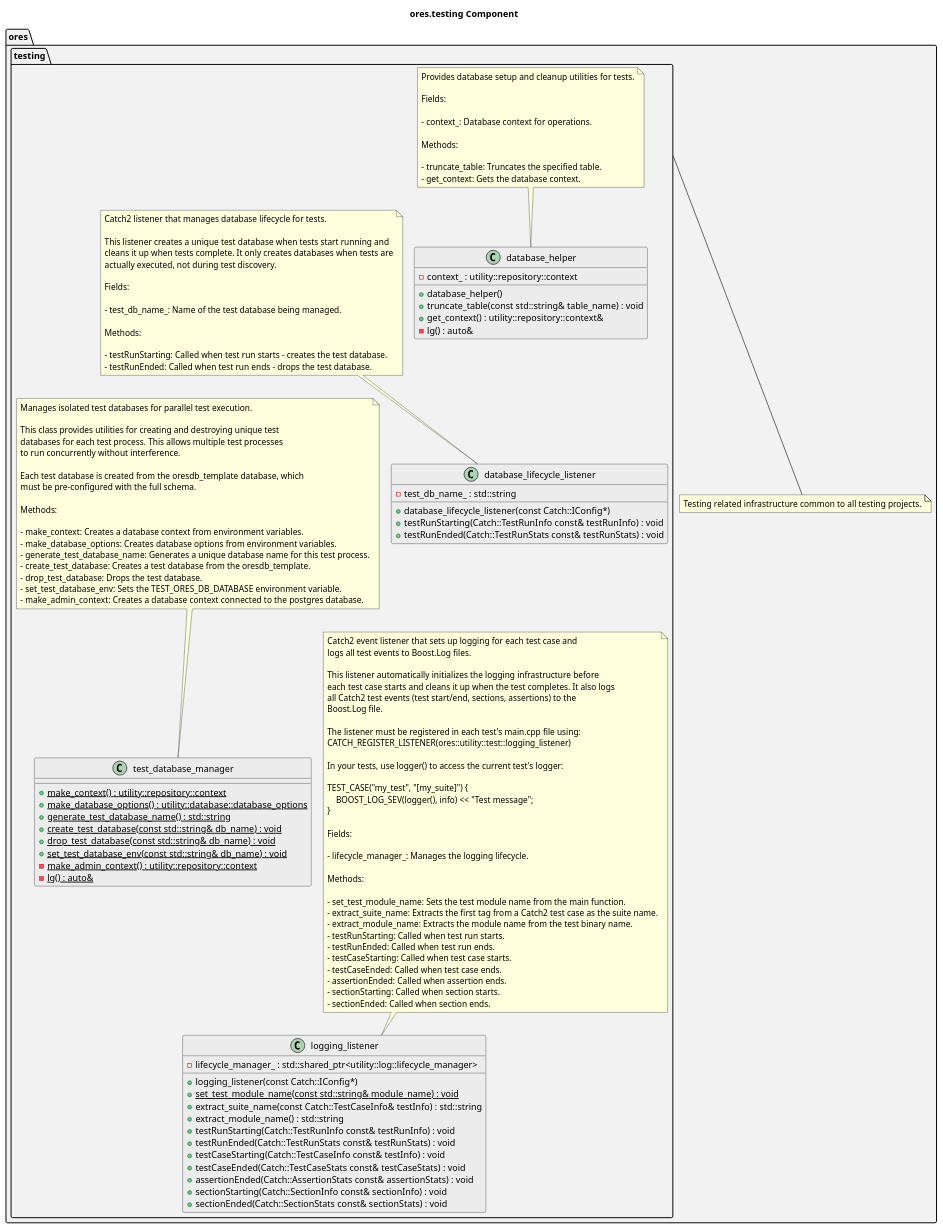
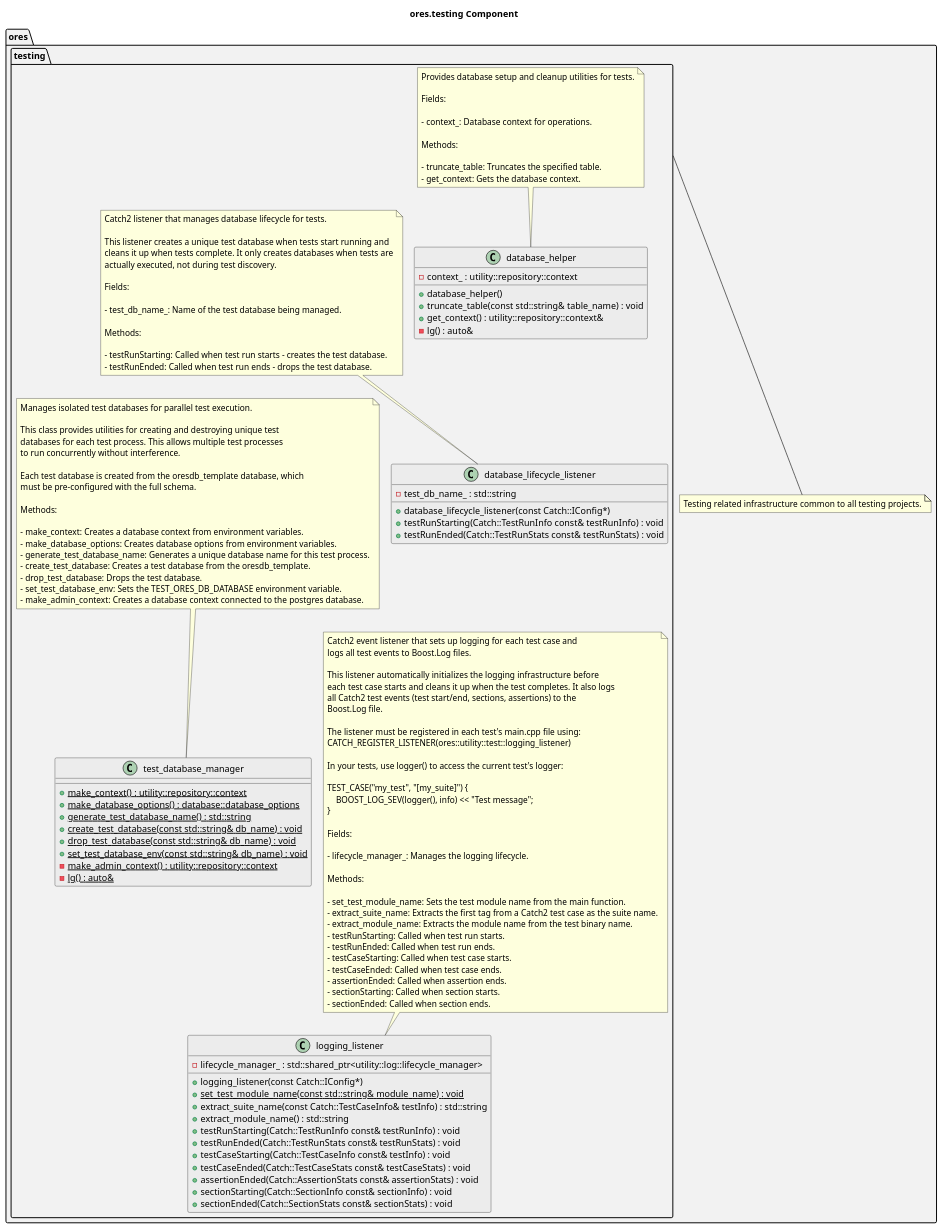
The diagram in projects/ores.testing/modeling/ores.testing.puml (OreStudio/OreStudio), drawn with PlantUML before and after one commit. The commit also changed 46 other files, not shown here.

```diff
--- a/projects/ores.testing/modeling/ores.testing.puml
+++ b/projects/ores.testing/modeling/ores.testing.puml
@@ -17,170 +17,170 @@
 @startuml
 !pragma layout smetana
 
 title ores.testing Component
 
 set namespaceSeparator ::
 
 namespace ores #F2F2F2 {
     note "Testing related infrastructure common to all testing projects." as ores_testing_note
     testing --- ores_testing_note
     namespace testing #F2F2F2 {
         '
         ' Layout groupings
         '
 
         ' Group: Database utilities
         together {
             class database_helper
             class database_lifecycle_listener
             class test_database_manager
         }
 
         ' Group: Logging
         together {
             class logging_listener
         }
 
         ' Stack vertically
         database_helper -[hidden]down- database_lifecycle_listener
         database_lifecycle_listener -[hidden]down- test_database_manager
         test_database_manager -[hidden]down- logging_listener
 
         '
         ' Class definitions
         '
 
         class database_helper #ECECEC {
             +database_helper()
             +truncate_table(const std::string& table_name) : void
             +get_context() : utility::repository::context&
             -{method} lg() : auto&
             -{field} context_ : utility::repository::context
         }
 
         note top of database_helper
         Provides database setup and cleanup utilities for tests.
 
         Fields:
 
         - context_: Database context for operations.
 
         Methods:
 
         - truncate_table: Truncates the specified table.
         - get_context: Gets the database context.
         end note
 
         class database_lifecycle_listener #ECECEC {
             +database_lifecycle_listener(const Catch::IConfig*)
             +testRunStarting(Catch::TestRunInfo const& testRunInfo) : void
             +testRunEnded(Catch::TestRunStats const& testRunStats) : void
             -{field} test_db_name_ : std::string
         }
 
         note top of database_lifecycle_listener
         Catch2 listener that manages database lifecycle for tests.
 
         This listener creates a unique test database when tests start running and
         cleans it up when tests complete. It only creates databases when tests are
         actually executed, not during test discovery.
 
         Fields:
 
         - test_db_name_: Name of the test database being managed.
 
         Methods:
 
         - testRunStarting: Called when test run starts - creates the test database.
         - testRunEnded: Called when test run ends - drops the test database.
         end note
 
         class logging_listener #ECECEC {
             +logging_listener(const Catch::IConfig*)
             +{static} set_test_module_name(const std::string& module_name) : void
             +extract_suite_name(const Catch::TestCaseInfo& testInfo) : std::string
             +extract_module_name() : std::string
             +testRunStarting(Catch::TestRunInfo const& testRunInfo) : void
             +testRunEnded(Catch::TestRunStats const& testRunStats) : void
             +testCaseStarting(Catch::TestCaseInfo const& testInfo) : void
             +testCaseEnded(Catch::TestCaseStats const& testCaseStats) : void
             +assertionEnded(Catch::AssertionStats const& assertionStats) : void
             +sectionStarting(Catch::SectionInfo const& sectionInfo) : void
             +sectionEnded(Catch::SectionStats const& sectionStats) : void
             -{field} lifecycle_manager_ : std::shared_ptr<utility::log::lifecycle_manager>
         }
 
         note top of logging_listener
         Catch2 event listener that sets up logging for each test case and
         logs all test events to Boost.Log files.
 
         This listener automatically initializes the logging infrastructure before
         each test case starts and cleans it up when the test completes. It also logs
         all Catch2 test events (test start/end, sections, assertions) to the
         Boost.Log file.
 
         The listener must be registered in each test's main.cpp file using:
         CATCH_REGISTER_LISTENER(ores::utility::test::logging_listener)
 
         In your tests, use logger() to access the current test's logger:
 
         TEST_CASE("my_test", "[my_suite]") {
             BOOST_LOG_SEV(logger(), info) << "Test message";
         }
 
         Fields:
 
         - lifecycle_manager_: Manages the logging lifecycle.
 
         Methods:
 
         - set_test_module_name: Sets the test module name from the main function.
         - extract_suite_name: Extracts the first tag from a Catch2 test case as the suite name.
         - extract_module_name: Extracts the module name from the test binary name.
         - testRunStarting: Called when test run starts.
         - testRunEnded: Called when test run ends.
         - testCaseStarting: Called when test case starts.
         - testCaseEnded: Called when test case ends.
         - assertionEnded: Called when assertion ends.
         - sectionStarting: Called when section starts.
         - sectionEnded: Called when section ends.
         end note
 
         class test_database_manager #ECECEC {
             +{static} make_context() : utility::repository::context
-            +{static} make_database_options() : utility::database::database_options
+            +{static} make_database_options() : database::database_options
             +{static} generate_test_database_name() : std::string
             +{static} create_test_database(const std::string& db_name) : void
             +{static} drop_test_database(const std::string& db_name) : void
             +{static} set_test_database_env(const std::string& db_name) : void
             -{static} make_admin_context() : utility::repository::context
             -{static} lg() : auto&
         }
 
         note top of test_database_manager
         Manages isolated test databases for parallel test execution.
 
         This class provides utilities for creating and destroying unique test
         databases for each test process. This allows multiple test processes
         to run concurrently without interference.
 
         Each test database is created from the oresdb_template database, which
         must be pre-configured with the full schema.
 
         Methods:
 
         - make_context: Creates a database context from environment variables.
         - make_database_options: Creates database options from environment variables.
         - generate_test_database_name: Generates a unique database name for this test process.
         - create_test_database: Creates a test database from the oresdb_template.
         - drop_test_database: Drops the test database.
         - set_test_database_env: Sets the TEST_ORES_DB_DATABASE environment variable.
         - make_admin_context: Creates a database context connected to the postgres database.
         end note
     }
 }
 
 ' Local Variables:
 ' compile-command: "java -Djava.awt.headless=true -DPLANTUML_SECURITY_PROFILE=UNSECURE -DPLANTUML_LIMIT_SIZE=65535 -jar /usr/share/plantuml/plantuml.jar ores.testing.puml"
 ' End:
 @enduml
```
